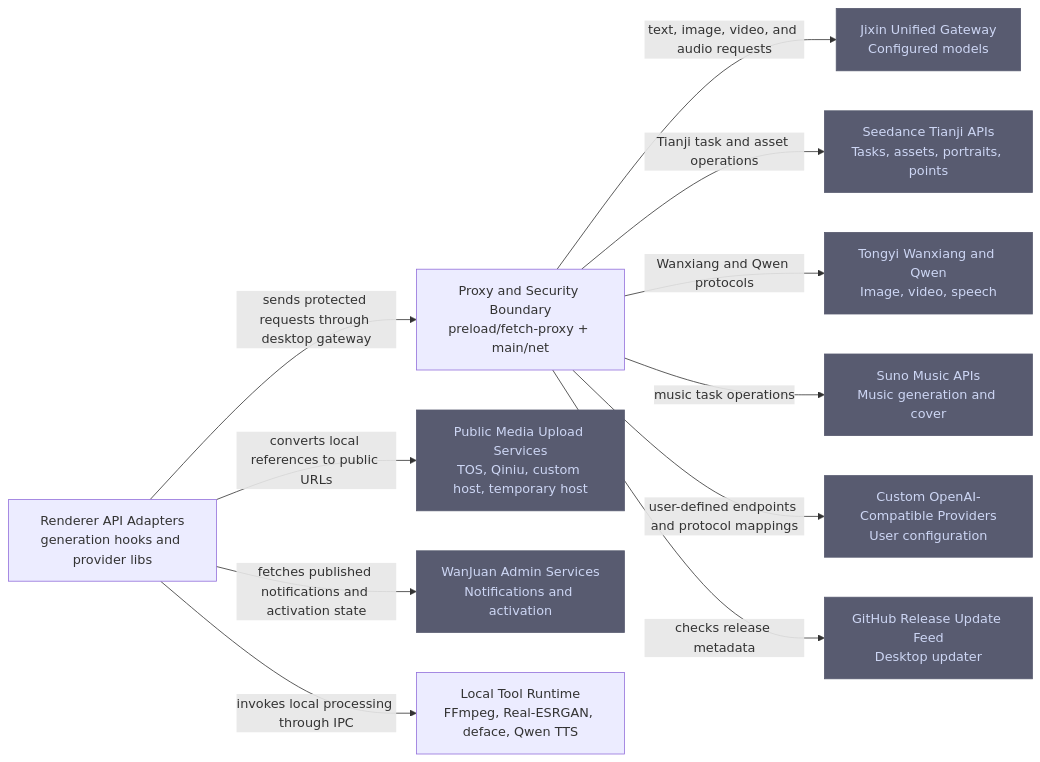
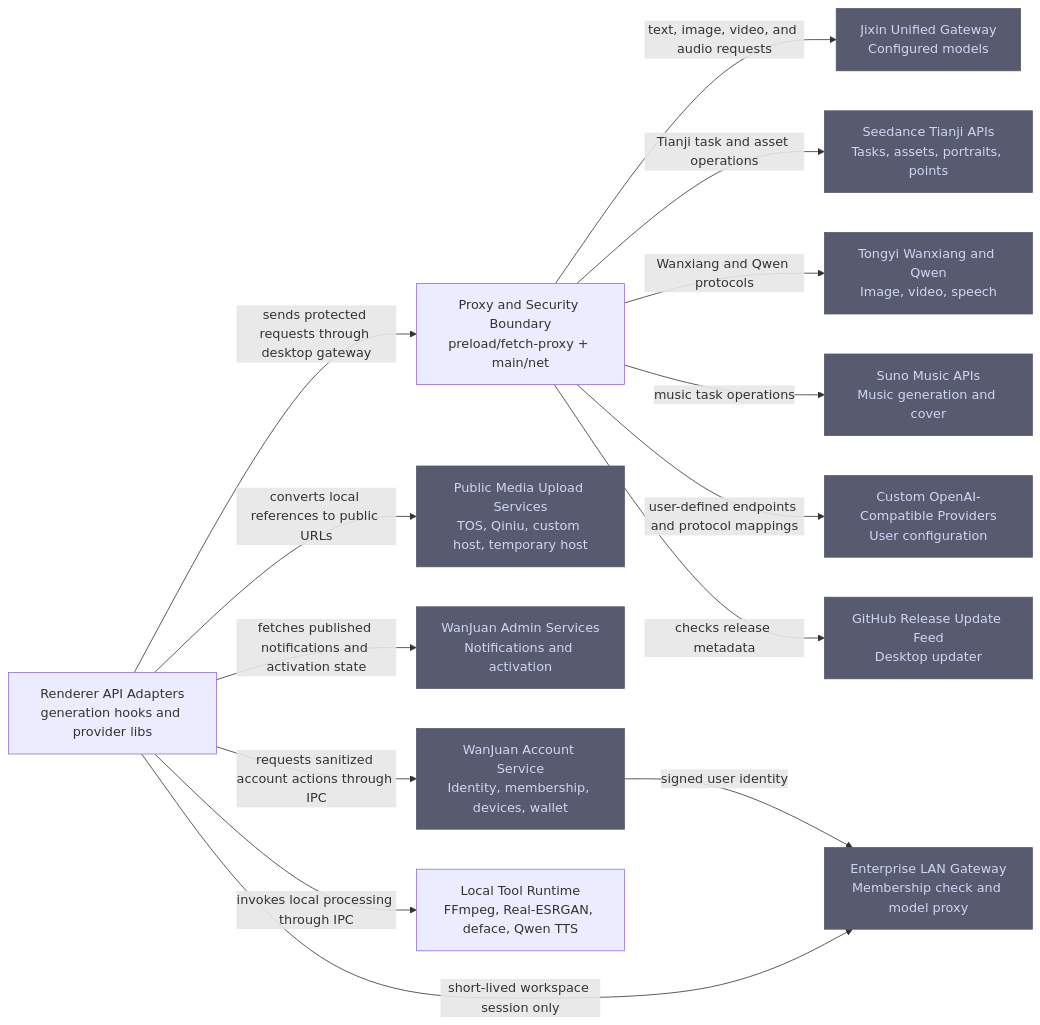
Before and after one commit to Guan-XX003/Lingjing-canvas: the diagram in .omm/external-integrations/diagram.mmd, drawn with Mermaid. The commit also changed 63 other files, not shown here.

Commit message:
release: 1.4.0 account and enterprise gateway

```diff
--- a/.omm/external-integrations/diagram.mmd
+++ b/.omm/external-integrations/diagram.mmd
@@ -1,24 +1,29 @@
 graph LR
     renderer-adapters["Renderer API Adapters\ngeneration hooks and provider libs"]
     proxy-security["Proxy and Security Boundary\npreload/fetch-proxy + main/net"]
     jixin["Jixin Unified Gateway\nConfigured models"]
     tianji["Seedance Tianji APIs\nTasks, assets, portraits, points"]
     tongyi["Tongyi Wanxiang and Qwen\nImage, video, speech"]
     suno["Suno Music APIs\nMusic generation and cover"]
     custom-providers["Custom OpenAI-Compatible Providers\nUser configuration"]
     upload-services["Public Media Upload Services\nTOS, Qiniu, custom host, temporary host"]
     admin-services["WanJuan Admin Services\nNotifications and activation"]
+    account-cloud["WanJuan Account Service\nIdentity, membership, devices, wallet"]
+    enterprise-gateway["Enterprise LAN Gateway\nMembership check and model proxy"]
     update-service["GitHub Release Update Feed\nDesktop updater"]
     local-tools["Local Tool Runtime\nFFmpeg, Real-ESRGAN, deface, Qwen TTS"]
     renderer-adapters -->|"sends protected requests through desktop gateway"| proxy-security
     proxy-security -->|"text, image, video, and audio requests"| jixin
     proxy-security -->|"Tianji task and asset operations"| tianji
     proxy-security -->|"Wanxiang and Qwen protocols"| tongyi
     proxy-security -->|"music task operations"| suno
     proxy-security -->|"user-defined endpoints and protocol mappings"| custom-providers
     renderer-adapters -->|"converts local references to public URLs"| upload-services
     renderer-adapters -->|"fetches published notifications and activation state"| admin-services
+    renderer-adapters -->|"requests sanitized account actions through IPC"| account-cloud
+    account-cloud -->|"signed user identity"| enterprise-gateway
+    renderer-adapters -->|"short-lived workspace session only"| enterprise-gateway
     proxy-security -->|"checks release metadata"| update-service
     renderer-adapters -->|"invokes local processing through IPC"| local-tools
     classDef external fill:#585b70,stroke:#585b70,color:#cdd6f4
-    class jixin,tianji,tongyi,suno,custom-providers,upload-services,admin-services,update-service external
+    class jixin,tianji,tongyi,suno,custom-providers,upload-services,admin-services,account-cloud,enterprise-gateway,update-service external
```
